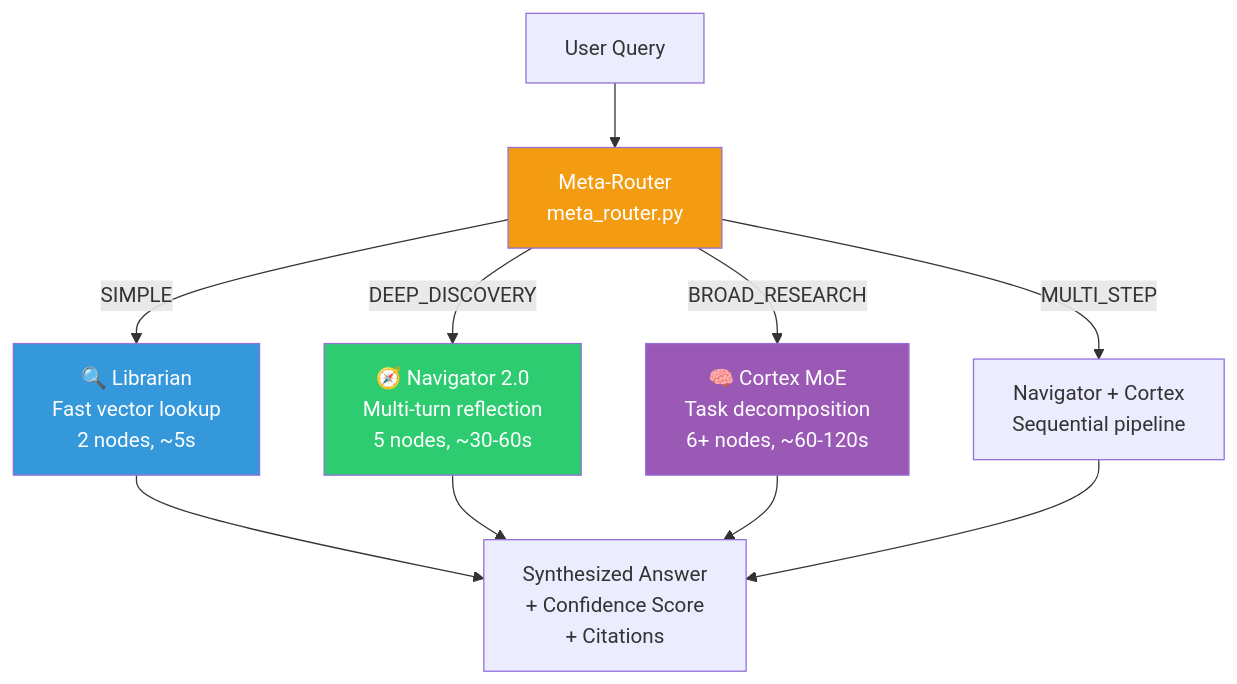
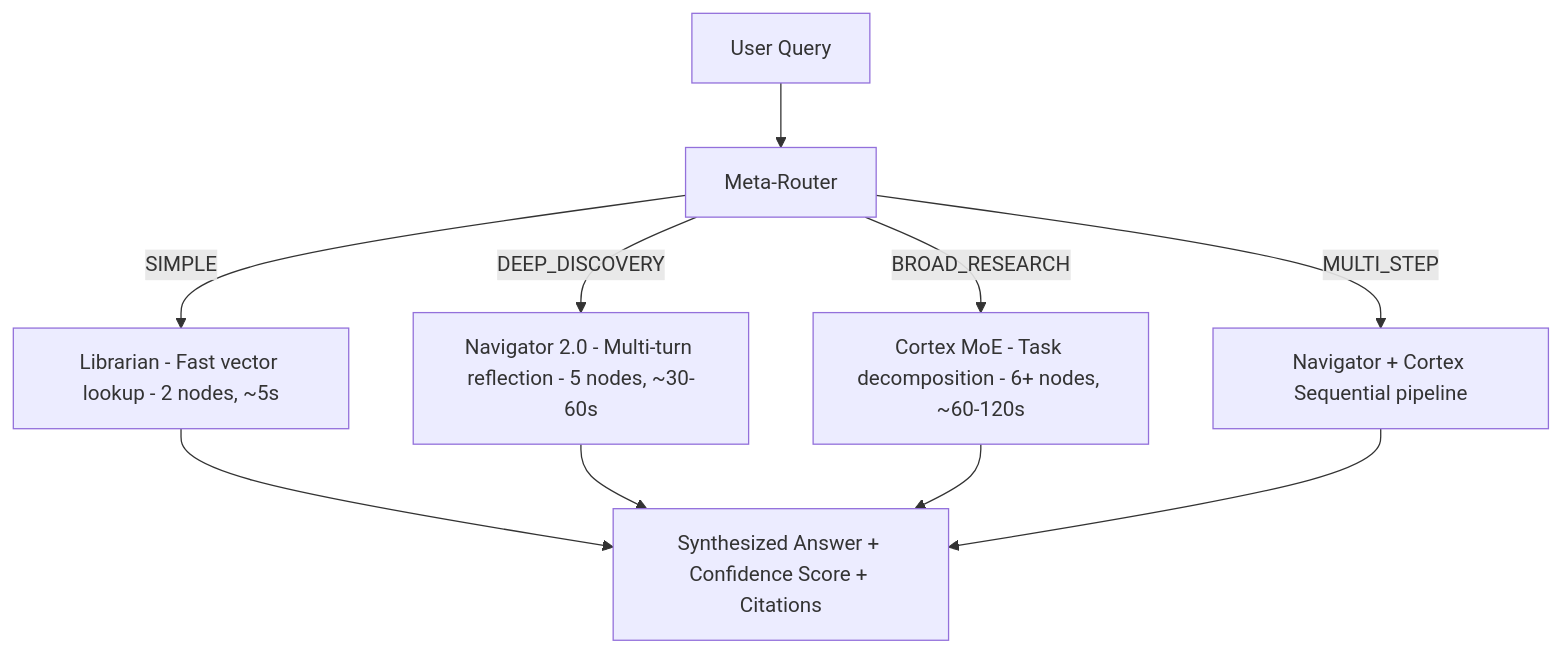
The third of 9 diagrams in docs/ATLAS_DISCOVERY_VISION.md (AidanSYu/Atlas-OS), drawn with Mermaid before and after one commit. The commit also changed other lines of this file and 1 other file, not shown here.

Commit message:
docs: Move ATLAS_DISCOVERY_VISION.md to docs/ and refactor content for improved path portability and diagram clarity.

````diff
--- a/docs/ATLAS_DISCOVERY_VISION.md
+++ b/docs/ATLAS_DISCOVERY_VISION.md
@@ -165,18 +155,13 @@
 ```mermaid
 flowchart TD
-    Q["User Query"] --> MR["Meta-Router<br/>meta_router.py"]
-    MR -->|"SIMPLE"| LIB["🔍 Librarian<br/>Fast vector lookup<br/>2 nodes, ~5s"]
-    MR -->|"DEEP_DISCOVERY"| NAV["🧭 Navigator 2.0<br/>Multi-turn reflection<br/>5 nodes, ~30-60s"]
-    MR -->|"BROAD_RESEARCH"| CTX["🧠 Cortex MoE<br/>Task decomposition<br/>6+ nodes, ~60-120s"]
-    MR -->|"MULTI_STEP"| BOTH["Navigator + Cortex<br/>Sequential pipeline"]
+    Q["User Query"] --> MR["Meta-Router"]
+    MR -->|SIMPLE| LIB["Librarian - Fast vector lookup - 2 nodes, ~5s"]
+    MR -->|DEEP_DISCOVERY| NAV["Navigator 2.0 - Multi-turn reflection - 5 nodes, ~30-60s"]
+    MR -->|BROAD_RESEARCH| CTX["Cortex MoE - Task decomposition - 6+ nodes, ~60-120s"]
+    MR -->|MULTI_STEP| BOTH["Navigator + Cortex Sequential pipeline"]
 
-    LIB --> ANS["Synthesized Answer<br/>+ Confidence Score<br/>+ Citations"]
+    LIB --> ANS["Synthesized Answer + Confidence Score + Citations"]
     NAV --> ANS
     CTX --> ANS
     BOTH --> ANS
-
-    style MR fill:#F39C12,color:#fff
-    style LIB fill:#3498DB,color:#fff
-    style NAV fill:#2ECC71,color:#fff
-    style CTX fill:#9B59B6,color:#fff
 ```
````
